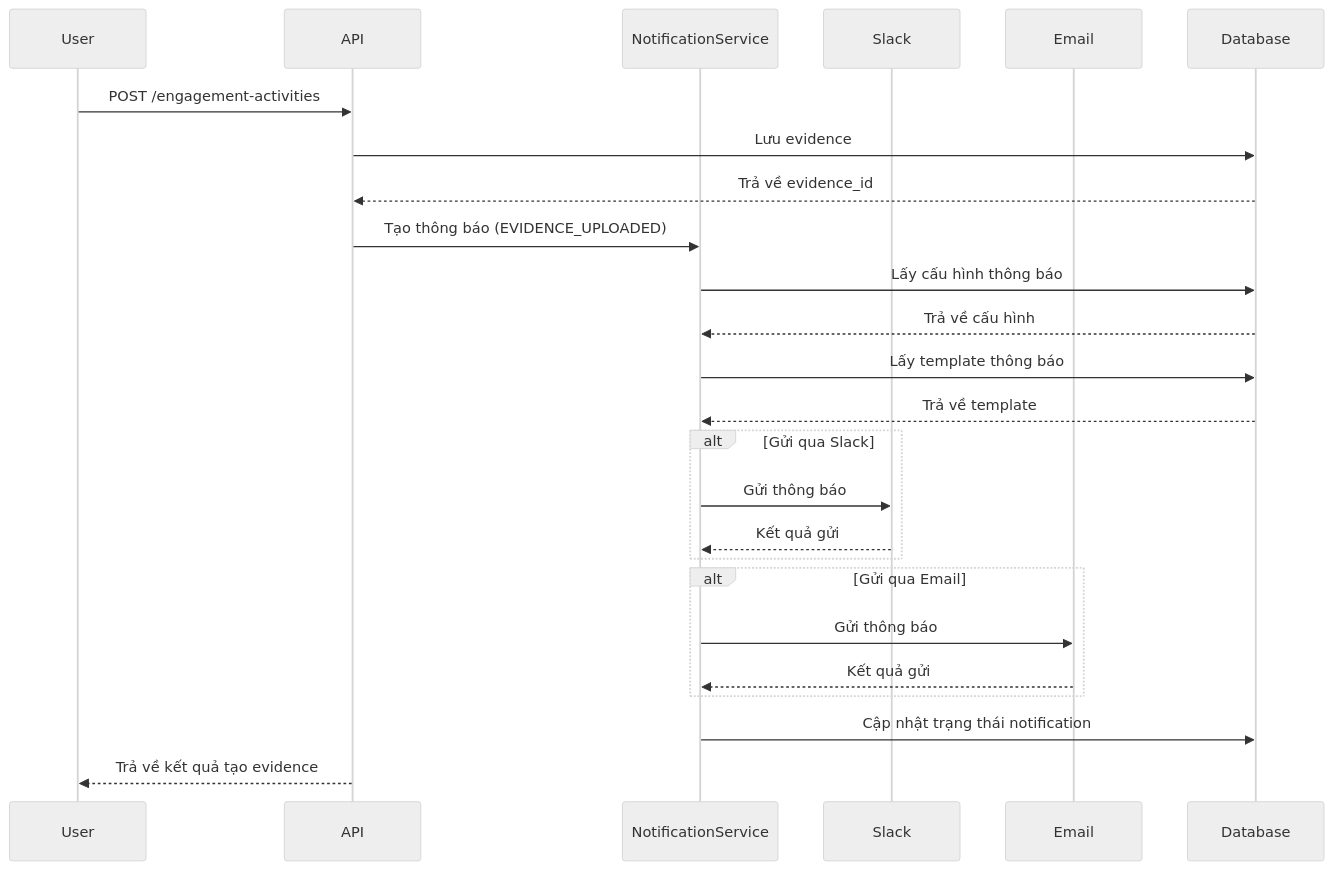
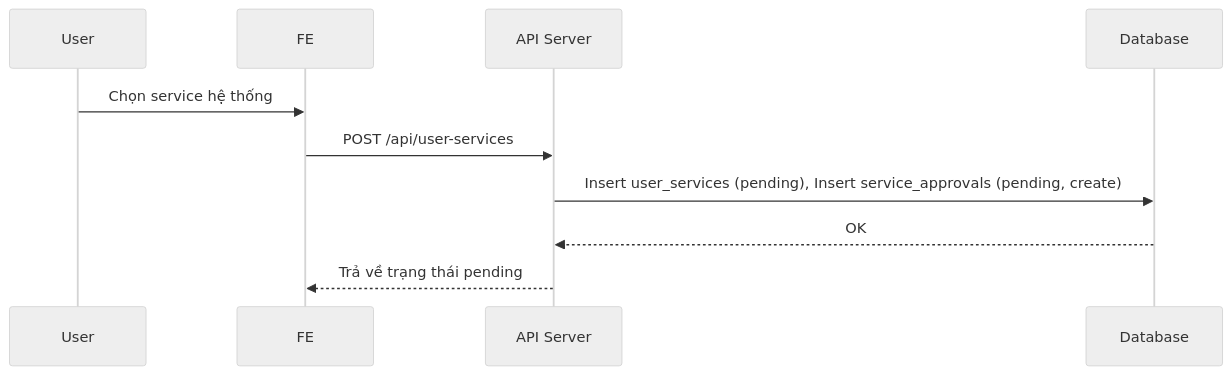
One commit to NguyenNgocHongHan/MINHTHUShop changed the sixth of 8 diagrams in notifications.md. Above: the diagram before and after it, drawn with Mermaid (neutral theme). The commit also changed other lines of this file, not shown here.

````diff
--- a/notifications.md
+++ b/notifications.md
@@ -398,31 +428,13 @@
 ```mermaid
 sequenceDiagram
   participant User
-  participant API
-  participant NotificationService
-  participant Slack
-  participant Email
-  participant Database
+  participant FE
+  participant API as API Server
+  participant DB as Database
 
-  User->>API: POST /engagement-activities
-  API->>Database: Lưu evidence
-  Database-->>API: Trả về evidence_id
-  API->>NotificationService: Tạo thông báo (EVIDENCE_UPLOADED)
-  NotificationService->>Database: Lấy cấu hình thông báo
-  Database-->>NotificationService: Trả về cấu hình
-  NotificationService->>Database: Lấy template thông báo
-  Database-->>NotificationService: Trả về template
-
-  alt Gửi qua Slack
-    NotificationService->>Slack: Gửi thông báo
-    Slack-->>NotificationService: Kết quả gửi
-  end
-
-  alt Gửi qua Email
-    NotificationService->>Email: Gửi thông báo
-    Email-->>NotificationService: Kết quả gửi
-  end
-
-  NotificationService->>Database: Cập nhật trạng thái notification
-  API-->>User: Trả về kết quả tạo evidence
+  User->>FE: Chọn service hệ thống
+  FE->>API: POST /api/user-services
+  API->>DB: Insert user_services (pending), Insert service_approvals (pending, create)
+  DB-->>API: OK
+  API-->>FE: Trả về trạng thái pending
 ```
````
